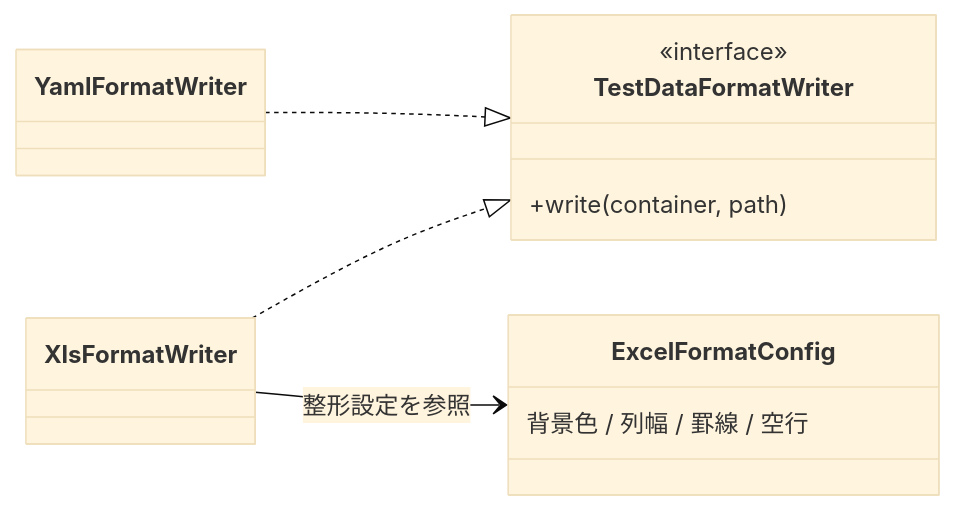
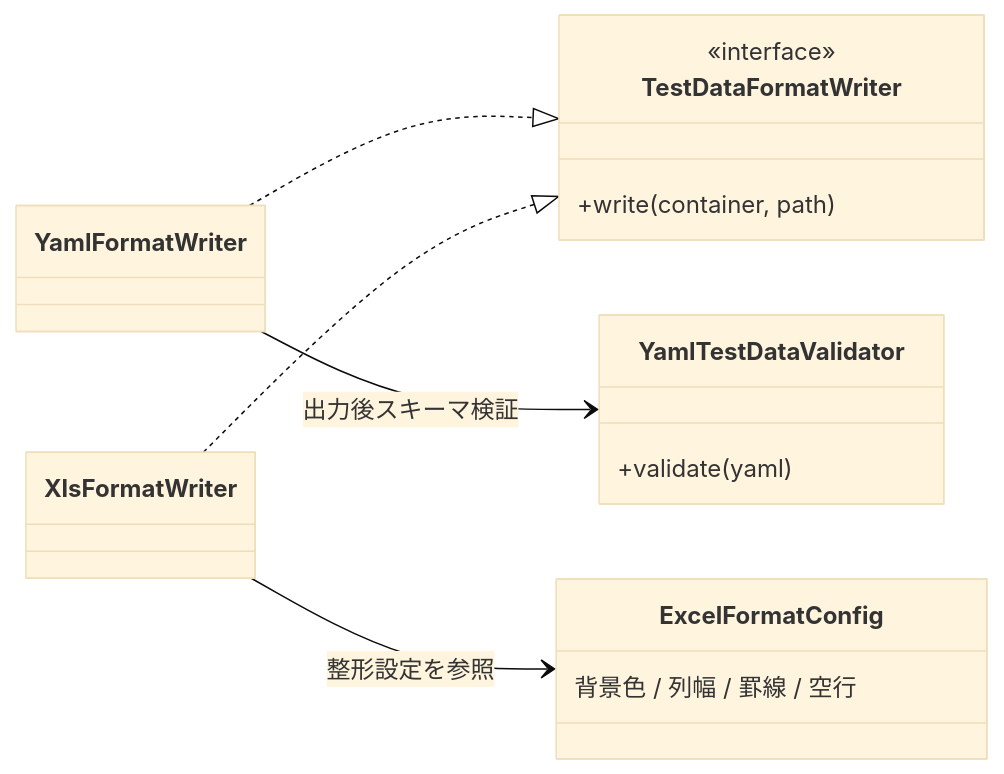
One commit to nablarch/nablarch-testing changed the fourth of 5 diagrams in docs/pr75/docs/testdata-converter-design.md. Above: the diagram before and after it, drawn with Mermaid (base theme). The commit also changed other lines of this file and 3 other files, not shown here.

````diff
--- a/docs/pr75/docs/testdata-converter-design.md
+++ b/docs/pr75/docs/testdata-converter-design.md
@@ -270,16 +274,20 @@
 ```mermaid
 classDiagram
 direction LR
 class TestDataFormatWriter {
   <<interface>>
   +write(container, path)
 }
 class YamlFormatWriter
 class XlsFormatWriter
 class ExcelFormatConfig {
   背景色 / 列幅 / 罫線 / 空行
 }
+class YamlTestDataValidator {
+  +validate(yaml)
+}
 YamlFormatWriter ..|> TestDataFormatWriter
 XlsFormatWriter ..|> TestDataFormatWriter
 XlsFormatWriter --> ExcelFormatConfig : 整形設定を参照
+YamlFormatWriter --> YamlTestDataValidator : 出力後スキーマ検証
 ```
````
